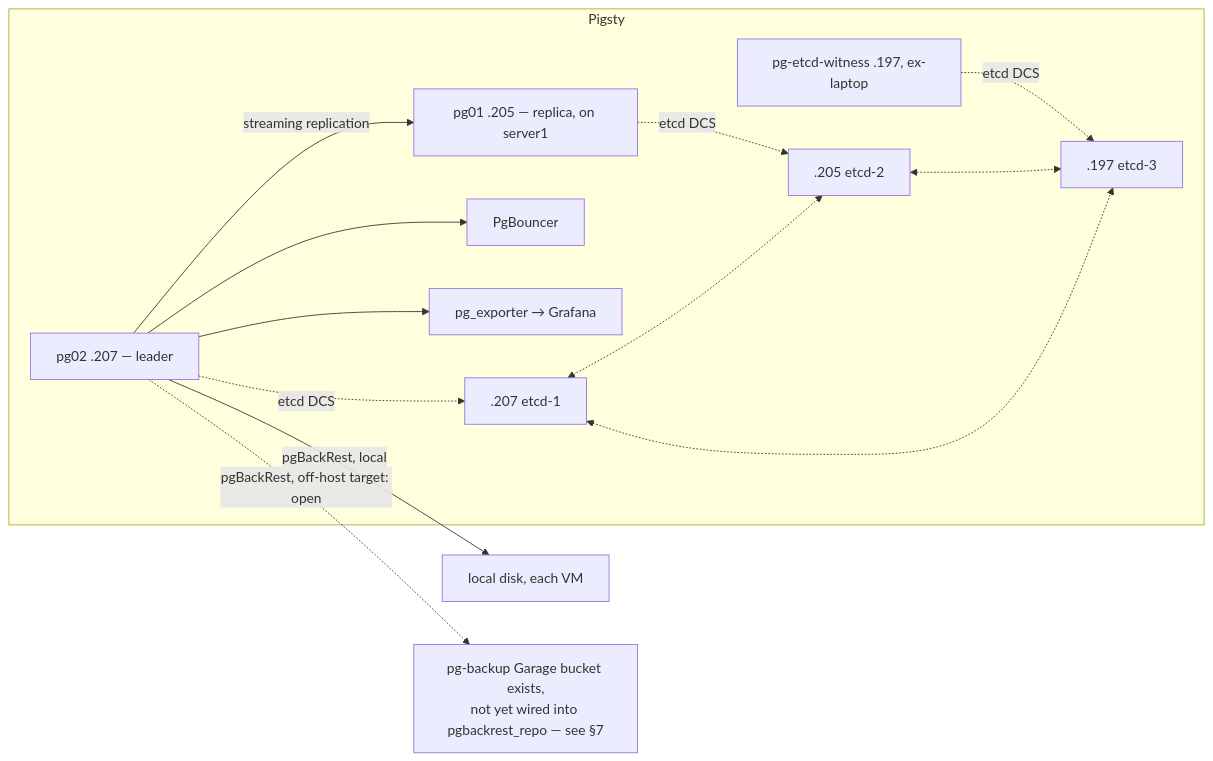
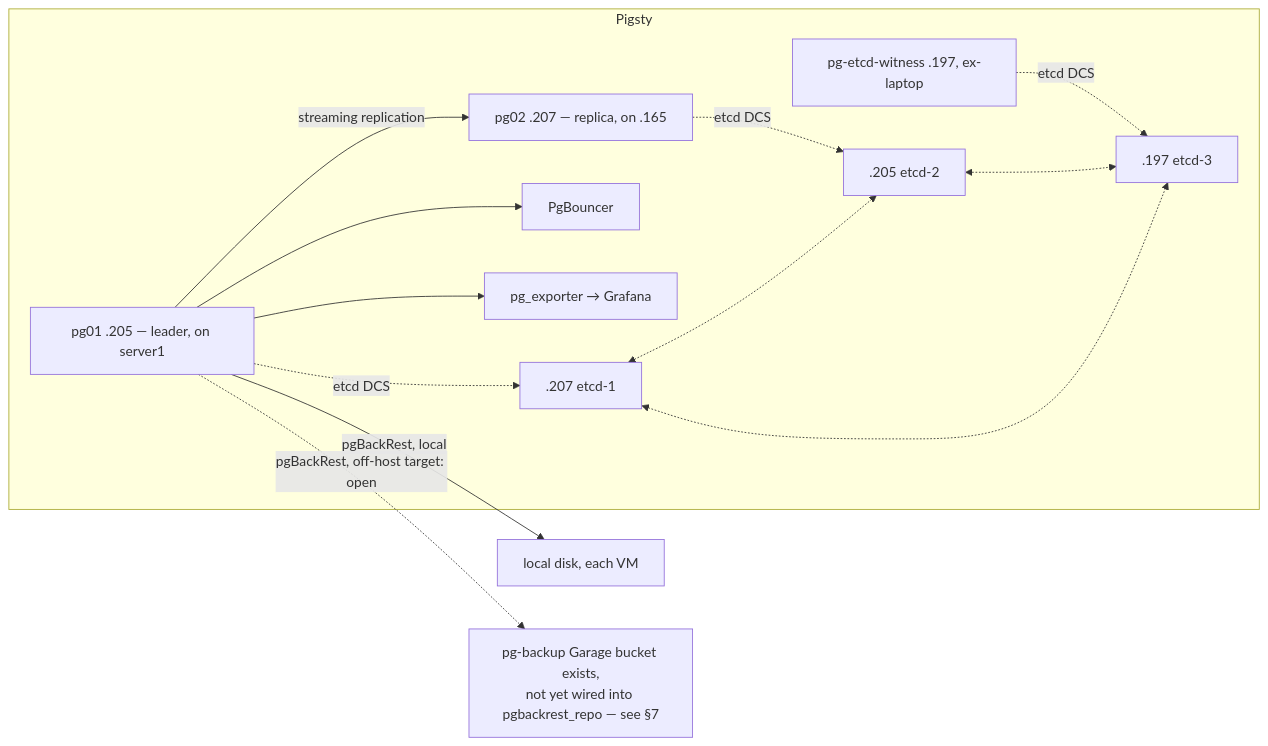
The fifth of 7 diagrams in ARCHITECTURE.md (MohammadBnei/infra-bootstrap), drawn with Mermaid before and after one commit. The commit also changed other lines of this file and 2 other files, not shown here.

First line of the commit message:
docs(pg): roles flipped — pg01/.205 is Leader, pg02/.207 Replica

````diff
--- a/ARCHITECTURE.md
+++ b/ARCHITECTURE.md
@@ -518,16 +526,16 @@
 ```mermaid
 graph LR
     subgraph Pigsty
-        P1[pg02 .207 — leader] -- streaming replication --> P2[pg01 .205 — replica, on server1]
+        P1[pg01 .205 — leader, on server1] -- streaming replication --> P2[pg02 .207 — replica, on .165]
         P1 --> Bouncer[PgBouncer]
         P1 --> Exporter[pg_exporter → Grafana]
         P1 -.->|etcd DCS| E1[.207 etcd-1]
         P2 -.->|etcd DCS| E2[.205 etcd-2]
         W[pg-etcd-witness .197, ex-laptop] -.->|etcd DCS| E3[.197 etcd-3]
         E1 <-.-> E2
         E2 <-.-> E3
         E1 <-.-> E3
     end
     P1 -- pgBackRest, local --> LocalBackup[local disk, each VM]
     P1 -.->|pgBackRest, off-host target: open| Open["pg-backup Garage bucket exists,<br/>not yet wired into pgbackrest_repo — see §7"]
 ```
````
